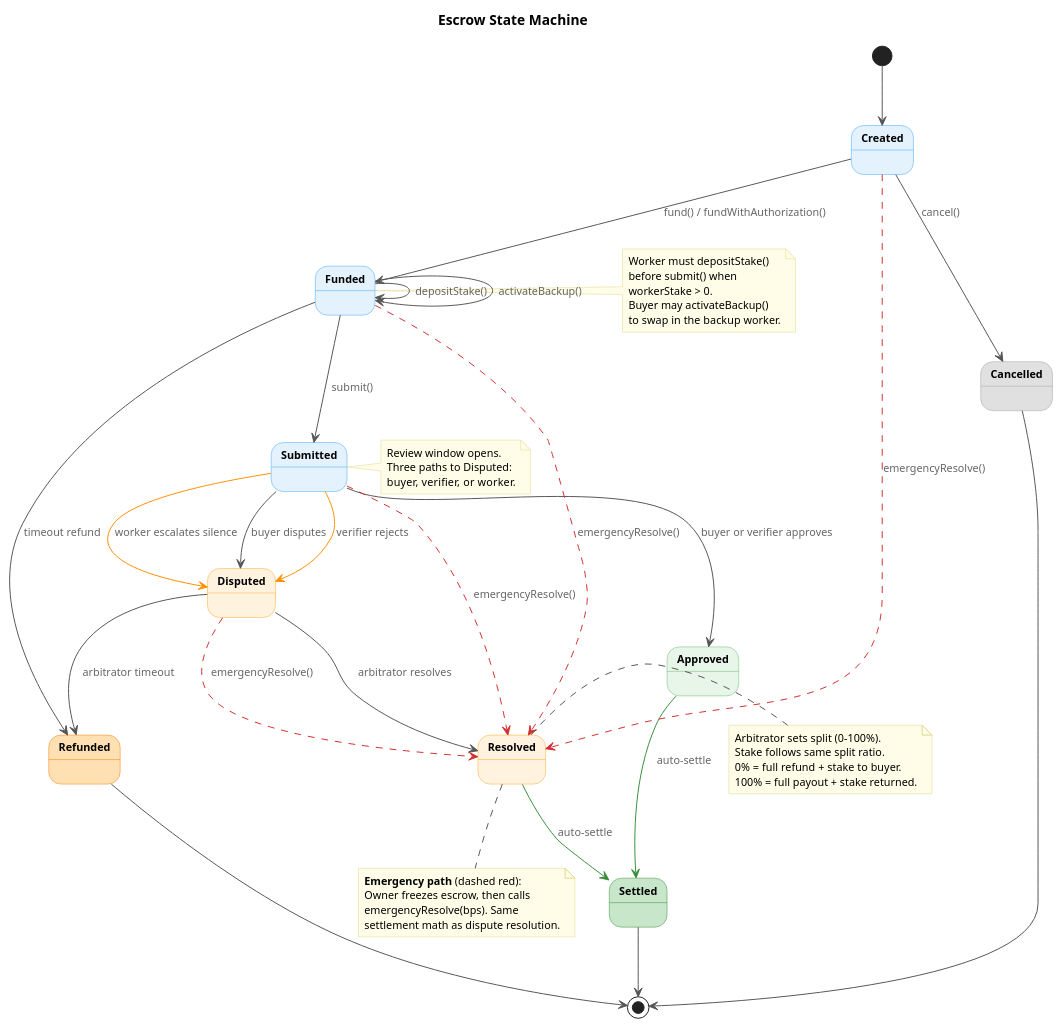
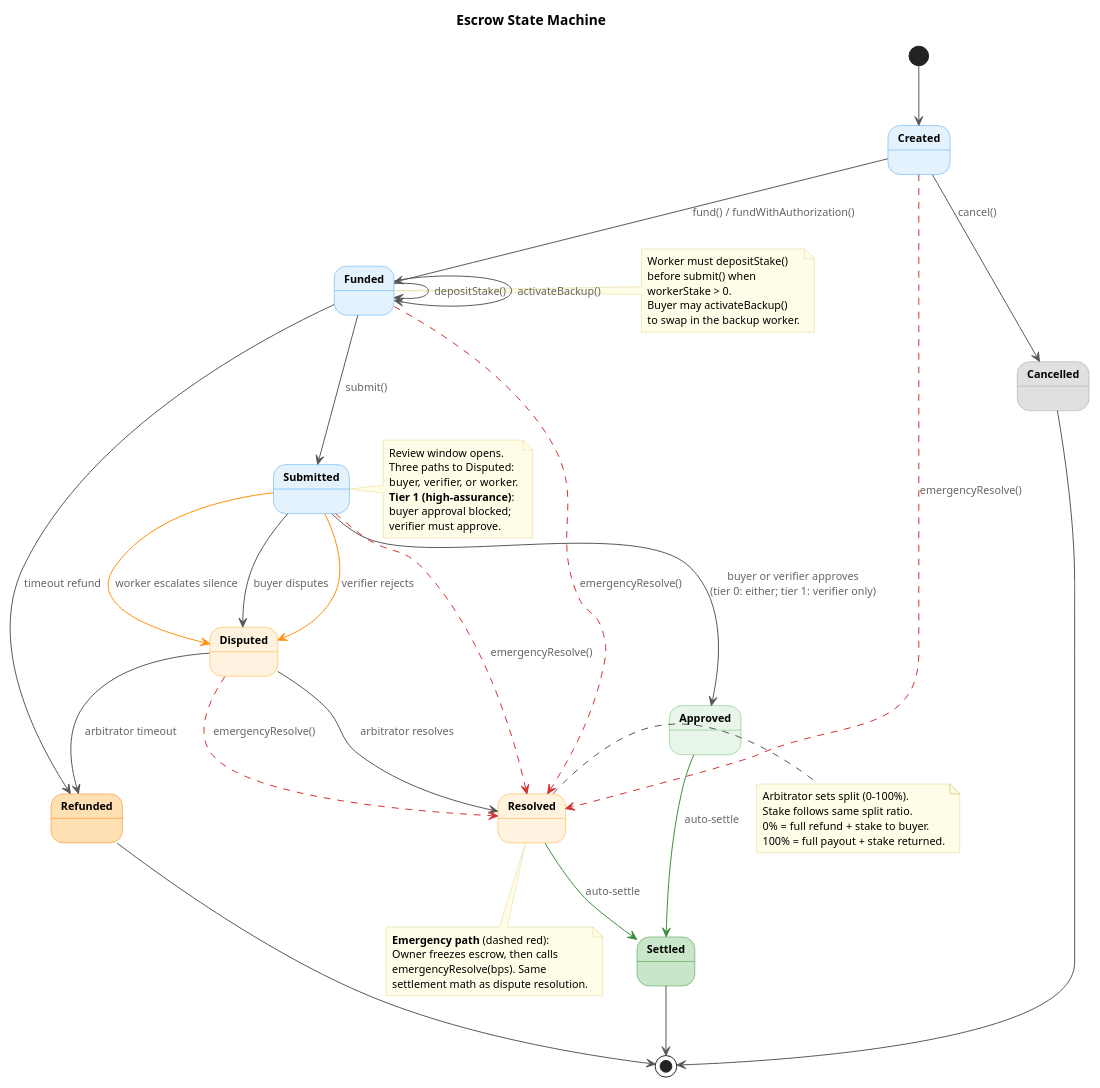
The first of 2 diagrams in docs/diagrams/state-machine.puml (eddiefleurent/agent-escrow), drawn with PlantUML before and after one commit. The commit also changed other lines of this file and 31 other files, not shown here.

```diff
--- a/docs/diagrams/state-machine.puml
+++ b/docs/diagrams/state-machine.puml
@@ -1,94 +1,97 @@
 @startuml state-machine
 skinparam backgroundColor #FFFFFF
 skinparam defaultFontName "Helvetica"
 skinparam defaultFontSize 13
 skinparam shadowing false
 skinparam ArrowColor #555555
 skinparam ArrowFontSize 11
 skinparam ArrowFontColor #666666
 
 skinparam state {
   FontSize 14
   FontStyle bold
   AttributeFontSize 11
 }
 
 skinparam note {
   BackgroundColor #FFFDE7
   BorderColor #E0D68A
   FontSize 11
 }
 
 title Escrow State Machine
 
 state Created #E3F2FD ##42A5F5
 state Funded #E3F2FD ##42A5F5
 state Submitted #E3F2FD ##42A5F5
 state Approved #E8F5E9 ##66BB6A
 state Disputed #FFF3E0 ##FFA726
 state Resolved #FFF3E0 ##FFA726
 
 state Settled #C8E6C9 ##388E3C
 state Refunded #FFE0B2 ##F57C00
 state Cancelled #E0E0E0 ##9E9E9E
 
 [*] --> Created
 
 Created --> Funded : fund() / fundWithAuthorization()
 Created --> Cancelled : cancel()
 
 Funded --> Funded : depositStake()
 Funded --> Funded : activateBackup()
 Funded --> Submitted : submit()
 Funded --> Refunded : timeout refund
 
-Submitted --> Approved : buyer or verifier approves
+Submitted --> Approved : buyer or verifier approves\n(tier 0: either; tier 1: verifier only)
 Submitted --> Disputed : buyer disputes
 Submitted -[#FF8F00]-> Disputed : verifier rejects
 Submitted -[#FF8F00]-> Disputed : worker escalates silence
 
 Disputed --> Resolved : arbitrator resolves
 Disputed --> Refunded : arbitrator timeout
 
 Approved -[#388E3C]-> Settled : auto-settle
 Resolved -[#388E3C]-> Settled : auto-settle
 
 Cancelled --> [*]
 Refunded --> [*]
 Settled --> [*]
 
 ' Emergency response protocol (paper §4.9)
 Created -[#D32F2F,dashed]-> Resolved : emergencyResolve()
 Funded -[#D32F2F,dashed]-> Resolved : emergencyResolve()
 Submitted -[#D32F2F,dashed]-> Resolved : emergencyResolve()
 Disputed -[#D32F2F,dashed]-> Resolved : emergencyResolve()
 
 note right of Funded
   Worker must depositStake()
   before submit() when
   workerStake > 0.
   Buyer may activateBackup()
   to swap in the backup worker.
 end note
 
 note right of Submitted
   Review window opens.
   Three paths to Disputed:
   buyer, verifier, or worker.
+  **Tier 1 (high-assurance)**:
+  buyer approval blocked;
+  verifier must approve.
 end note
 
 note right of Resolved
   Arbitrator sets split (0-100%).
   Stake follows same split ratio.
   0% = full refund + stake to buyer.
   100% = full payout + stake returned.
 end note
 
 note bottom of Resolved
   **Emergency path** (dashed red):
   Owner freezes escrow, then calls
   emergencyResolve(bps). Same
   settlement math as dispute resolution.
 end note
 
 @enduml
```
